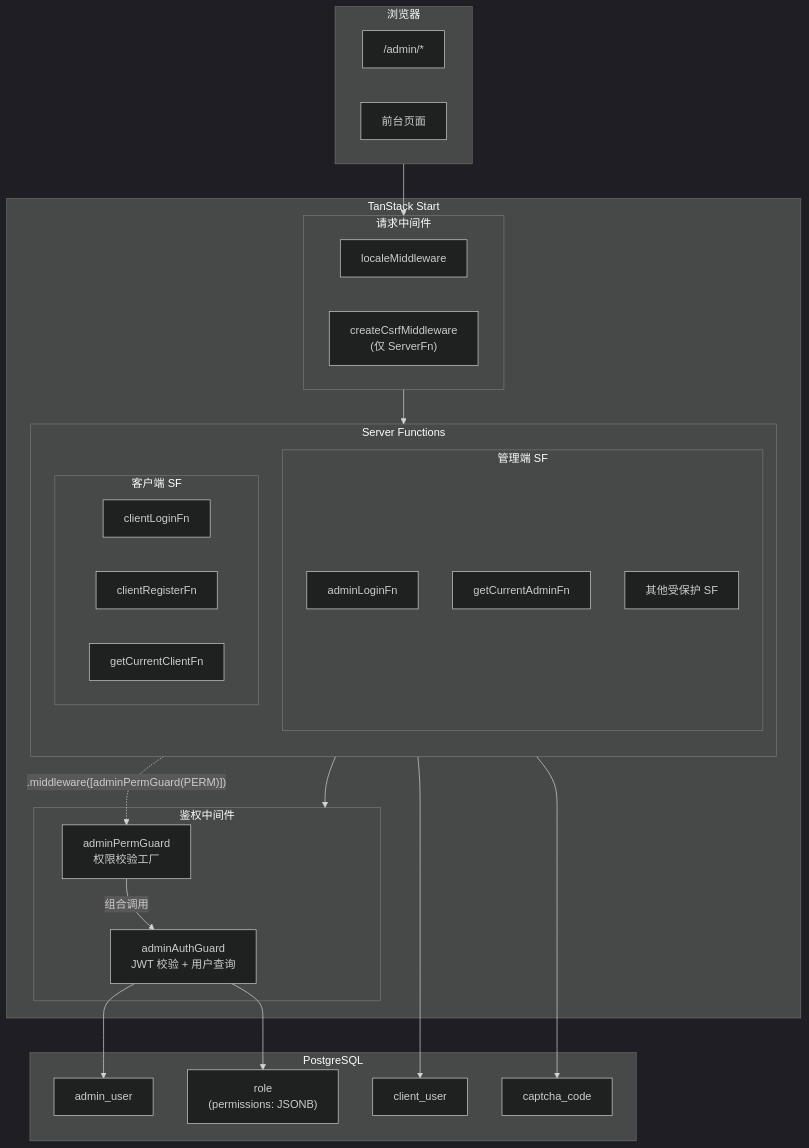
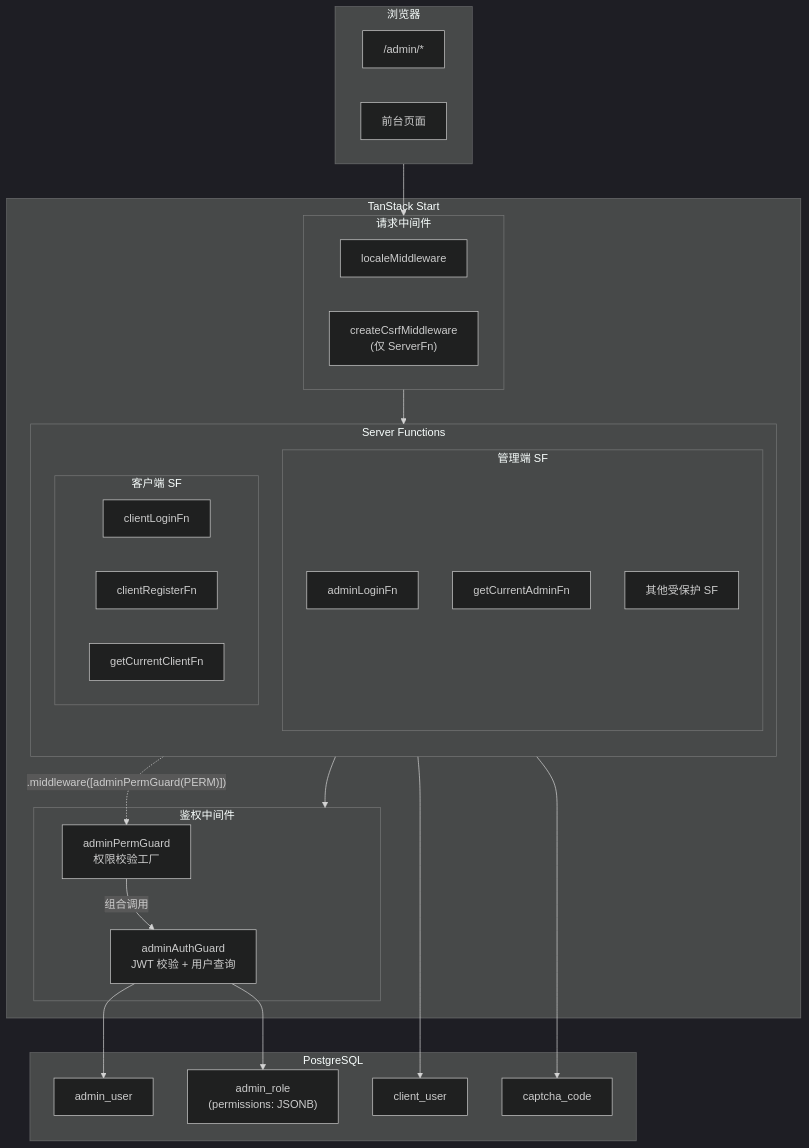
The first of 10 diagrams in docs/auth-permission-model.md (easyx-dev/fsdx), drawn with Mermaid (dark theme) before and after one commit. The commit also changed other lines of this file and 11 other files, not shown here.

````diff
--- a/docs/auth-permission-model.md
+++ b/docs/auth-permission-model.md
@@ -18,51 +18,51 @@
 ```mermaid
 flowchart TB
     subgraph Browser["浏览器"]
         direction LR
         AdminPage["/admin/*"]
         ClientPage["前台页面"]
     end
 
     subgraph TanStackStart["TanStack Start"]
         subgraph RequestMiddleware["请求中间件"]
             Locale["localeMiddleware"]
             CSRF["createCsrfMiddleware<br/>(仅 ServerFn)"]
         end
 
         subgraph ServerFunctions["Server Functions"]
             direction TB
             subgraph AdminSF["管理端 SF"]
                 Login["adminLoginFn"]
                 CurrentAdmin["getCurrentAdminFn"]
                 Protected["其他受保护 SF"]
             end
             subgraph ClientSF["客户端 SF"]
                 ClientLogin["clientLoginFn"]
                 ClientRegister["clientRegisterFn"]
                 CurrentClient["getCurrentClientFn"]
             end
         end
 
         subgraph AuthMiddleware["鉴权中间件"]
             AuthGuard["adminAuthGuard<br/>JWT 校验 + 用户查询"]
             PermGuard["adminPermGuard<br/>权限校验工厂"]
         end
     end
 
     subgraph DB["PostgreSQL"]
         AdminTbl["admin_user"]
-        RoleTbl["role<br/>(permissions: JSONB)"]
+        RoleTbl["admin_role<br/>(permissions: JSONB)"]
         ClientTbl["client_user"]
         CaptchaTbl["captcha_code"]
     end
 
     Browser --> RequestMiddleware
     RequestMiddleware --> ServerFunctions
     AdminSF --> AuthMiddleware
     Protected -.->|".middleware([adminPermGuard(PERM)])"| PermGuard
     PermGuard -->|"组合调用"| AuthGuard
     AuthGuard --> AdminTbl
     AuthGuard --> RoleTbl
     ClientSF --> ClientTbl
     ClientSF --> CaptchaTbl
 ```
````
